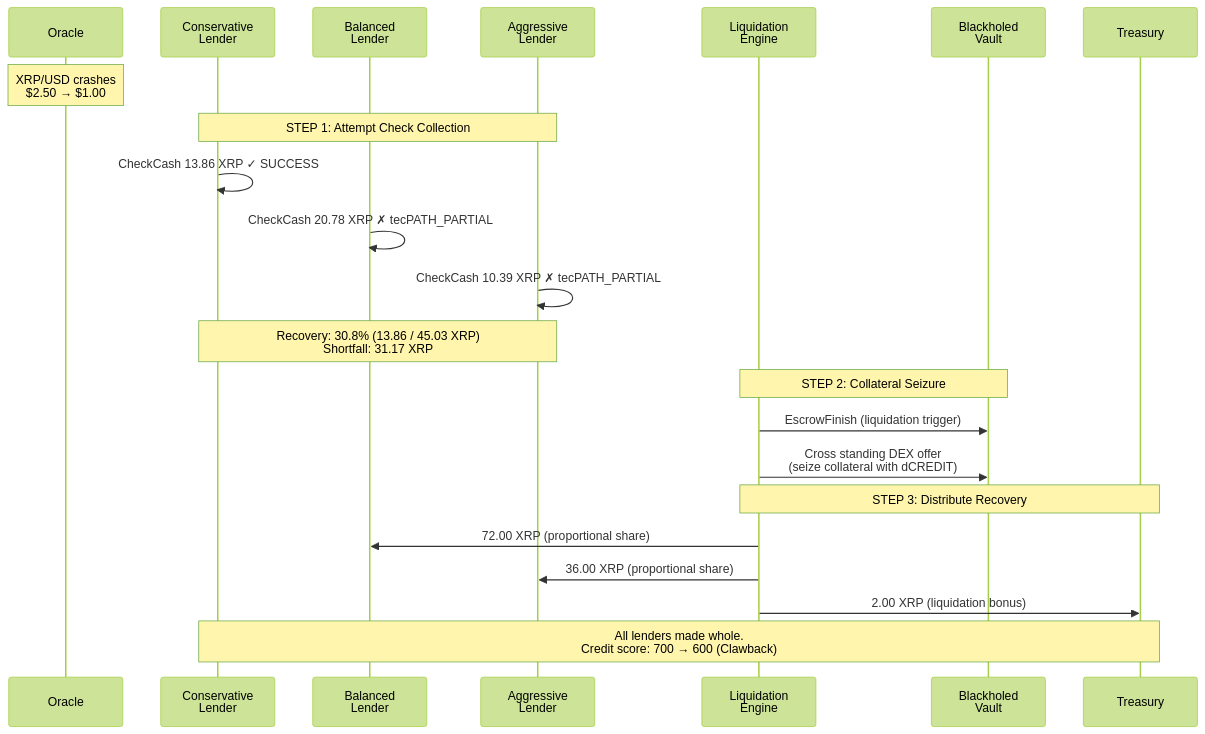
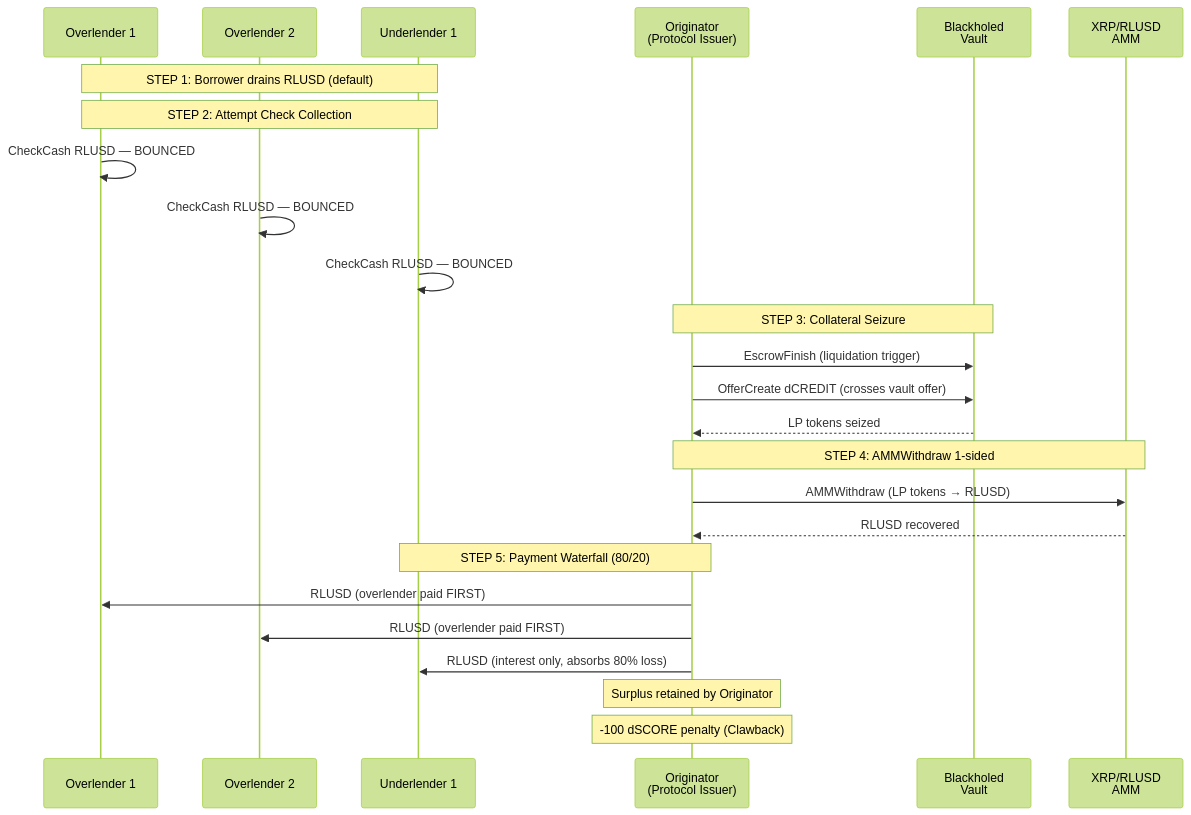
Before and after one commit to Quigles1337/DARQ-Credit-Protocol: the fourth of 5 diagrams in README.md, drawn with Mermaid (forest theme). The commit also changed other lines of this file and 14 other files, not shown here.

First line of the commit message:
DARQ Credit Protocol v3 — AMM-Backed Overlender Architecture

````diff
--- a/README.md
+++ b/README.md
@@ -184,33 +166,33 @@
 ```mermaid
 sequenceDiagram
-    participant OR as Oracle
-    participant L1 as Conservative<br/>Lender
-    participant L2 as Balanced<br/>Lender
-    participant L3 as Aggressive<br/>Lender
-    participant LE as Liquidation<br/>Engine
+    participant OL1 as Overlender 1
+    participant OL2 as Overlender 2
+    participant UL1 as Underlender 1
+    participant PI as Originator<br/>(Protocol Issuer)
     participant V as Blackholed<br/>Vault
-    participant TR as Treasury
+    participant AMM as XRP/RLUSD<br/>AMM
 
-    Note over OR: XRP/USD crashes<br/>$2.50 → $1.00
+    Note over OL1,UL1: STEP 1: Borrower drains RLUSD (default)
 
-    Note over L1,L3: STEP 1: Attempt Check Collection
+    Note over OL1,UL1: STEP 2: Attempt Check Collection
+    OL1->>OL1: CheckCash RLUSD — BOUNCED
+    OL2->>OL2: CheckCash RLUSD — BOUNCED
+    UL1->>UL1: CheckCash RLUSD — BOUNCED
 
-    L1->>L1: CheckCash 13.86 XRP ✓ SUCCESS
-    L2->>L2: CheckCash 20.78 XRP ✗ tecPATH_PARTIAL
-    L3->>L3: CheckCash 10.39 XRP ✗ tecPATH_PARTIAL
+    Note over PI,V: STEP 3: Collateral Seizure
+    PI->>V: EscrowFinish (liquidation trigger)
+    PI->>V: OfferCreate dCREDIT (crosses vault offer)
+    V-->>PI: LP tokens seized
 
-    Note over L1,L3: Recovery: 30.8% (13.86 / 45.03 XRP)<br/>Shortfall: 31.17 XRP
+    Note over PI,AMM: STEP 4: AMMWithdraw 1-sided
+    PI->>AMM: AMMWithdraw (LP tokens → RLUSD)
+    AMM-->>PI: RLUSD recovered
 
-    Note over LE,V: STEP 2: Collateral Seizure
+    Note over PI,UL1: STEP 5: Payment Waterfall (80/20)
+    PI->>OL1: RLUSD (overlender paid FIRST)
+    PI->>OL2: RLUSD (overlender paid FIRST)
+    PI->>UL1: RLUSD (interest only, absorbs 80% loss)
 
-    LE->>V: EscrowFinish (liquidation trigger)
-    LE->>V: Cross standing DEX offer<br/>(seize collateral with dCREDIT)
-
-    Note over LE,TR: STEP 3: Distribute Recovery
-
-    LE->>L2: 72.00 XRP (proportional share)
-    LE->>L3: 36.00 XRP (proportional share)
-    LE->>TR: 2.00 XRP (liquidation bonus)
-
-    Note over L1,TR: All lenders made whole.<br/>Credit score: 700 → 600 (Clawback)
+    Note over PI: Surplus retained by Originator
+    Note over PI: -100 dSCORE penalty (Clawback)
 ```
````
